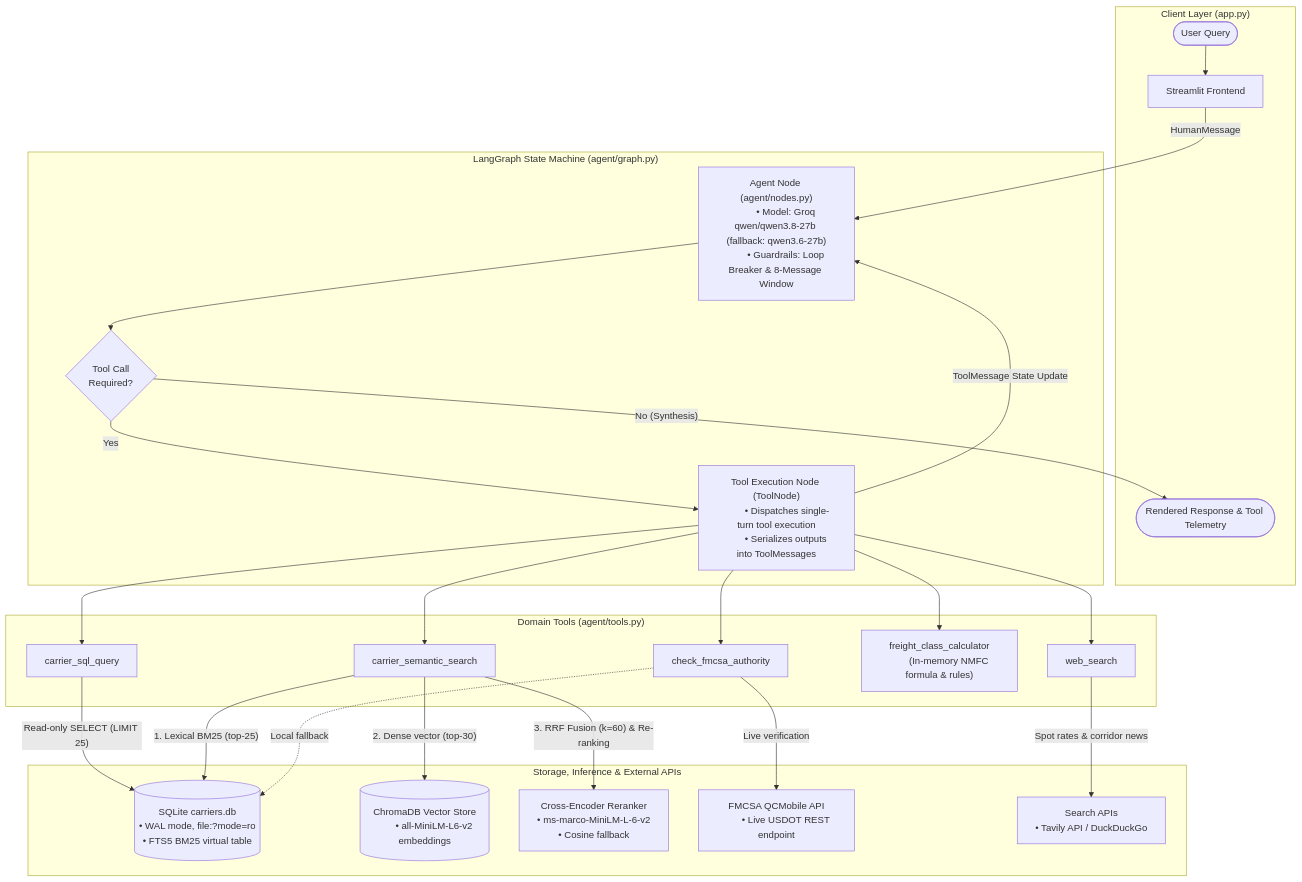
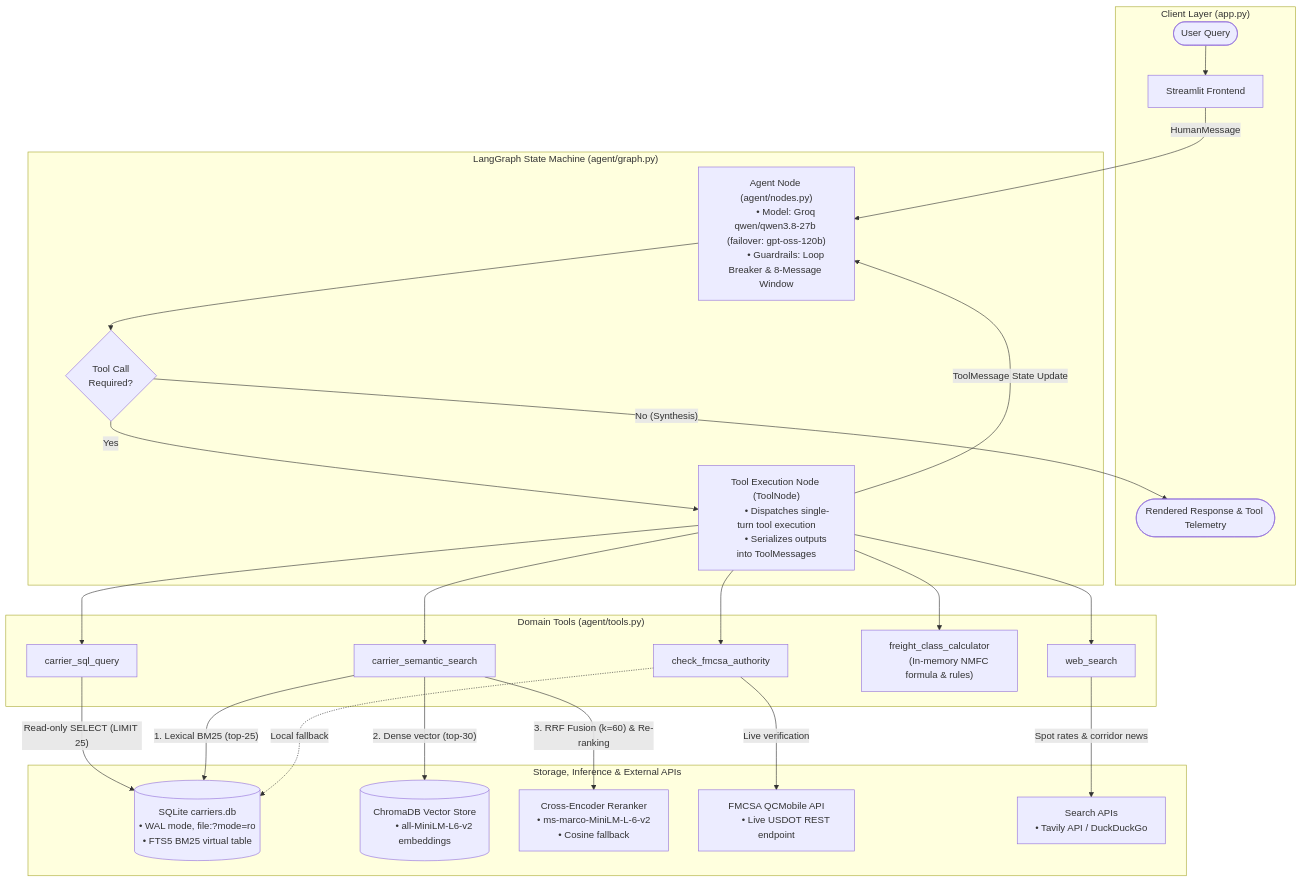
One commit to yyouretoast/freightiq changed the diagram in README.md. Above: the diagram before and after it, drawn with Mermaid. The commit also changed other lines of this file and 13 other files, not shown here.

````diff
--- a/README.md
+++ b/README.md
@@ -67,69 +67,69 @@
 ```mermaid
 flowchart TD
     subgraph Client ["Client Layer (app.py)"]
         User(["User Query"]) --> UI["Streamlit Frontend"]
         Output(["Rendered Response & Tool Telemetry"])
     end
 
     subgraph Orchestrator ["LangGraph State Machine (agent/graph.py)"]
         Agent["Agent Node (agent/nodes.py)
-        • Model: Groq qwen/qwen3.8-27b (fallback: qwen3.6-27b)
+        • Model: Groq qwen/qwen3.8-27b (failover: gpt-oss-120b)
         • Guardrails: Loop Breaker & 8-Message Window"]
         
         Router{"Tool Call
         Required?"}
         
         ToolNode["Tool Execution Node (ToolNode)
         • Dispatches single-turn tool execution
         • Serializes outputs into ToolMessages"]
 
         Agent --> Router
         Router -- "Yes" --> ToolNode
         ToolNode -- "ToolMessage State Update" --> Agent
     end
 
     subgraph Tools ["Domain Tools (agent/tools.py)"]
         T1["carrier_sql_query"]
         T2["carrier_semantic_search"]
         T3["check_fmcsa_authority"]
         T4["freight_class_calculator
         (In-memory NMFC formula & rules)"]
         T5["web_search"]
 
         ToolNode --> T1
         ToolNode --> T2
         ToolNode --> T3
         ToolNode --> T4
         ToolNode --> T5
     end
 
     subgraph Backends ["Storage, Inference & External APIs"]
         DB[("SQLite carriers.db
         • WAL mode, file:?mode=ro
         • FTS5 BM25 virtual table")]
 
         Chroma[("ChromaDB Vector Store
         • all-MiniLM-L6-v2 embeddings")]
 
         Reranker["Cross-Encoder Reranker
         • ms-marco-MiniLM-L-6-v2
         • Cosine fallback"]
 
         FMCSA_API["FMCSA QCMobile API
         • Live USDOT REST endpoint"]
 
         Web_API["Search APIs
         • Tavily API / DuckDuckGo"]
 
         T1 -->|"Read-only SELECT (LIMIT 25)"| DB
         T2 -->|"1. Lexical BM25 (top-25)"| DB
         T2 -->|"2. Dense vector (top-30)"| Chroma
         T2 -->|"3. RRF Fusion (k=60) & Re-ranking"| Reranker
         T3 -->|"Live verification"| FMCSA_API
         T3 -.->|"Local fallback"| DB
         T5 -->|"Spot rates & corridor news"| Web_API
     end
 
     UI -->|"HumanMessage"| Agent
     Router -- "No (Synthesis)" --> Output
 ```
````
